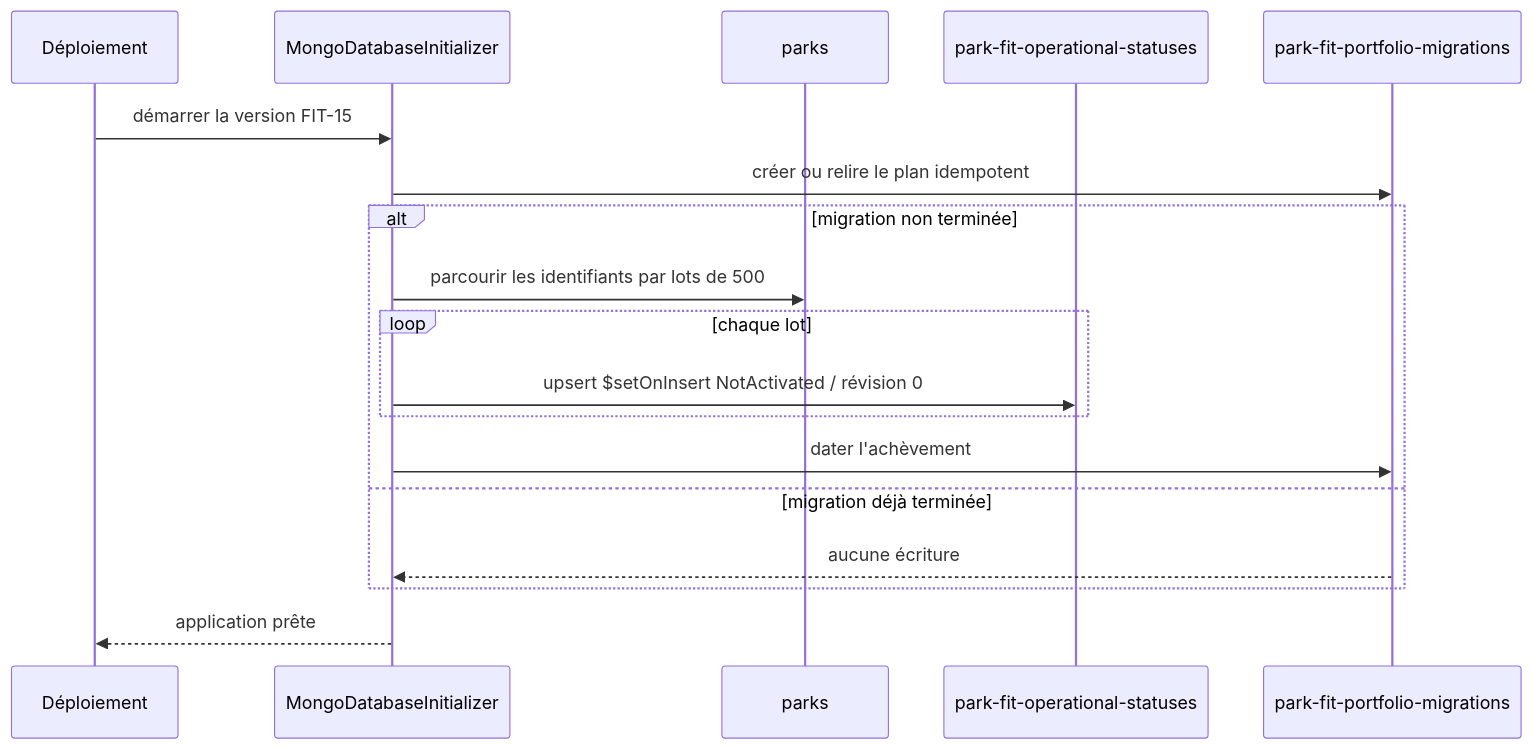
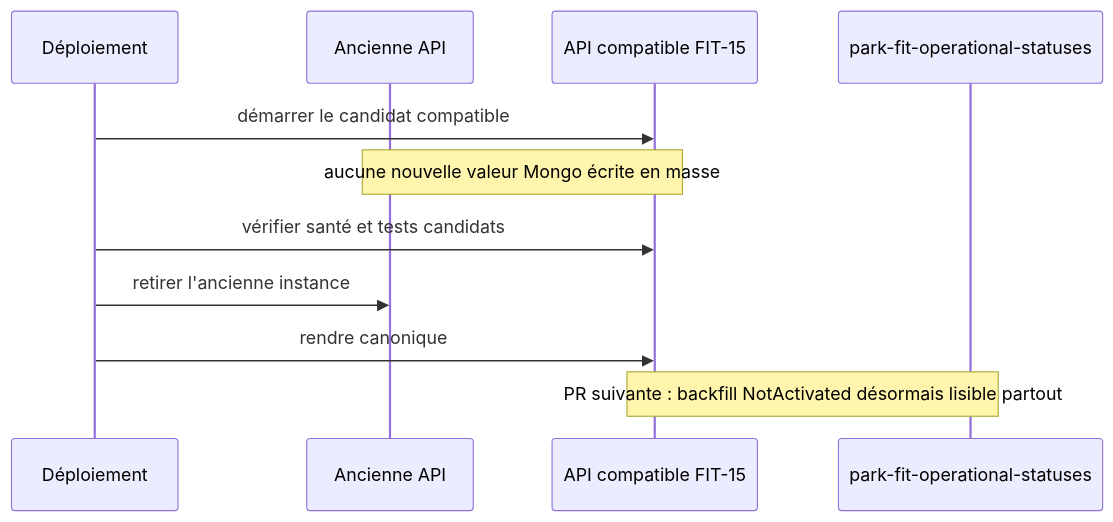
One commit to Ced59/AmusementParkProject changed the third of 4 diagrams in docs/architecture/product-growth-fit-15-portfolio-activation-2026-09-14.md. Above: the diagram before and after it, drawn with Mermaid. The commit also changed other lines of this file and 6 other files, not shown here.

Commit message:
fix(deploy): séquencer la migration Park Fit

````diff
--- a/docs/architecture/product-growth-fit-15-portfolio-activation-2026-09-14.md
+++ b/docs/architecture/product-growth-fit-15-portfolio-activation-2026-09-14.md
@@ -187,21 +173,14 @@
 ```mermaid
 sequenceDiagram
     participant D as Déploiement
-    participant I as MongoDatabaseInitializer
-    participant P as parks
+    participant A0 as Ancienne API
+    participant A1 as API compatible FIT-15
     participant S as park-fit-operational-statuses
-    participant M as park-fit-portfolio-migrations
 
-    D->>I: démarrer la version FIT-15
-    I->>M: créer ou relire le plan idempotent
-    alt migration non terminée
-      I->>P: parcourir les identifiants par lots de 500
-      loop chaque lot
-        I->>S: upsert $setOnInsert NotActivated / révision 0
-      end
-      I->>M: dater l'achèvement
-    else migration déjà terminée
-      M-->>I: aucune écriture
-    end
-    I-->>D: application prête
+    D->>A1: démarrer le candidat compatible
+    Note over A0,A1: aucune nouvelle valeur Mongo écrite en masse
+    D->>A1: vérifier santé et tests candidats
+    D->>A0: retirer l'ancienne instance
+    D->>A1: rendre canonique
+    Note over A1,S: PR suivante : backfill NotActivated désormais lisible partout
 ```
````
